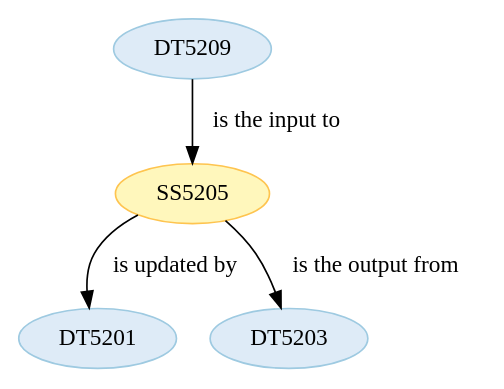
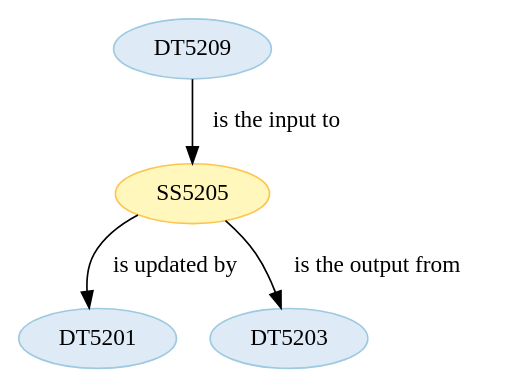
The diagram in wf5201/ST520105.dot (Marco-Salvi/cwl-test), drawn with Graphviz before and after one commit. The commit also changed other lines of this file and 15 other files, not shown here.

```diff
--- a/wf5201/ST520105.dot
+++ b/wf5201/ST520105.dot
@@ -1,18 +1,18 @@
 strict digraph {
 
+
+	"DT5201" [ color="2", colorscheme="blues3", fillcolor="1", style="filled",  weight=0 ];
+
+	"DT5203" [ color="2", colorscheme="blues3", fillcolor="1", style="filled",  weight=0 ];
 
 	"DT5209" [ color="2", colorscheme="blues3", fillcolor="1", style="filled",  weight=0 ];
 
 	"DT5209" -> "SS5205" [ label="is the input to", labeltooltip="DT5209 - is the input to - SS5205",  weight=0 ];
 
 	"SS5205" [ color="2", colorscheme="ylorbr3", fillcolor="1", style="filled",  weight=0 ];
 
 	"SS5205" -> "DT5201" [ label="is updated by", labeltooltip="DT5201 - is updated by - SS5205",  weight=0 ];
 
 	"SS5205" -> "DT5203" [ label="is the output from", labeltooltip="DT5203 - is the output from - SS5205",  weight=0 ];
 
-	"DT5201" [ color="2", colorscheme="blues3", fillcolor="1", style="filled",  weight=0 ];
-
-	"DT5203" [ color="2", colorscheme="blues3", fillcolor="1", style="filled",  weight=0 ];
-
 }
```
